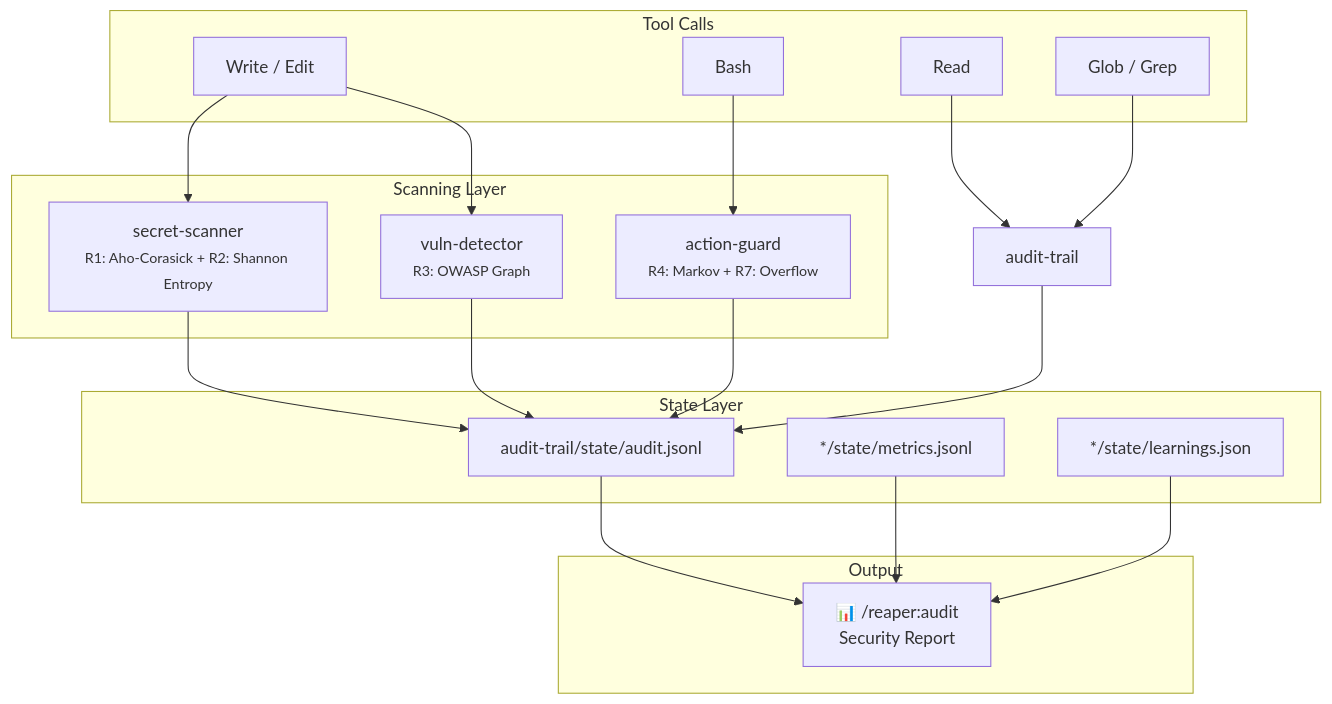
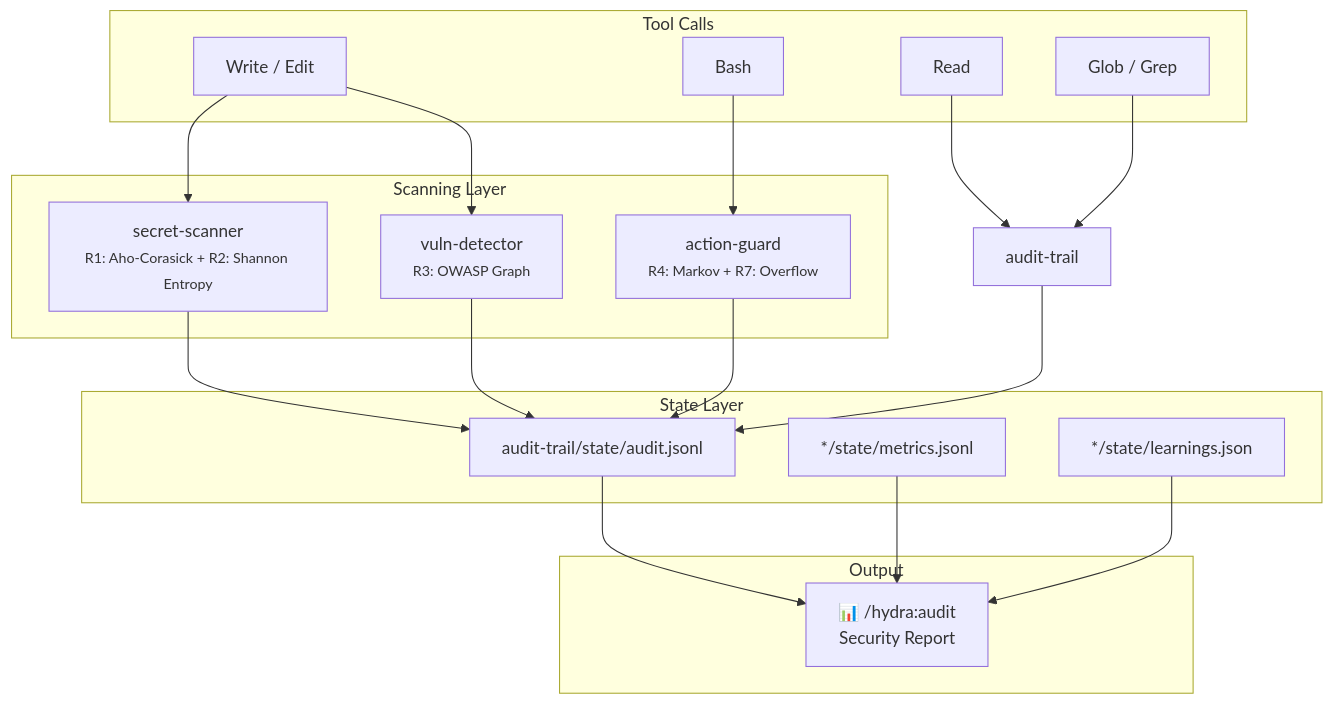
One commit to enchanter-ai/hydra changed the diagram in docs/architecture/dataflow.mmd. Above: the diagram before and after it, drawn with Mermaid. The commit also changed 110 other files, not shown here.

First line of the commit message:
rename: Reaper → Hydra, standardize origin format

```diff
--- a/docs/architecture/dataflow.mmd
+++ b/docs/architecture/dataflow.mmd
@@ -1,32 +1,32 @@
 graph TB
     subgraph inputs["Tool Calls"]
         Bash["Bash"]
         Write["Write / Edit"]
         Read["Read"]
         Glob["Glob / Grep"]
     end
     subgraph scanning["Scanning Layer"]
         secrets["secret-scanner<br/><small>R1: Aho-Corasick + R2: Shannon Entropy</small>"]
         vulns["vuln-detector<br/><small>R3: OWASP Graph</small>"]
         guard["action-guard<br/><small>R4: Markov + R7: Overflow</small>"]
     end
     Write --> secrets
     Write --> vulns
     Bash --> guard
     subgraph state["State Layer"]
         audit["audit-trail/state/audit.jsonl"]
         metrics["*/state/metrics.jsonl"]
         learnings["*/state/learnings.json"]
     end
     secrets --> audit
     vulns --> audit
     guard --> audit
     Read --> audit_hook["audit-trail"]
     Glob --> audit_hook
     audit_hook --> audit
     subgraph output["Output"]
-        report["📊 /reaper:audit<br/>Security Report"]
+        report["📊 /hydra:audit<br/>Security Report"]
     end
     audit --> report
     metrics --> report
     learnings --> report
```
